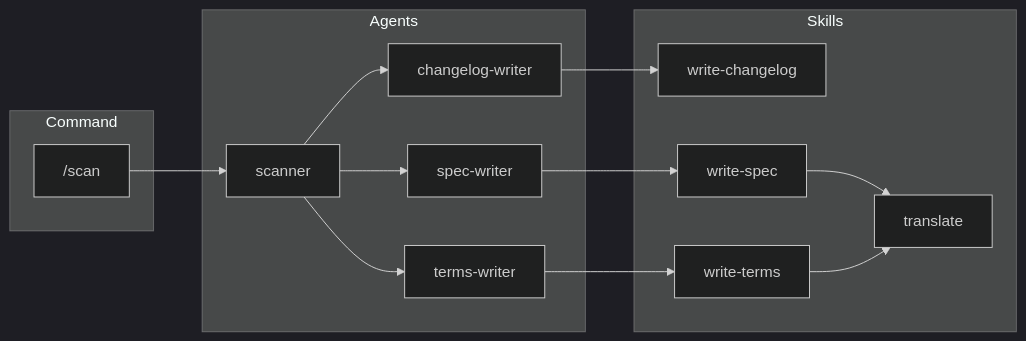
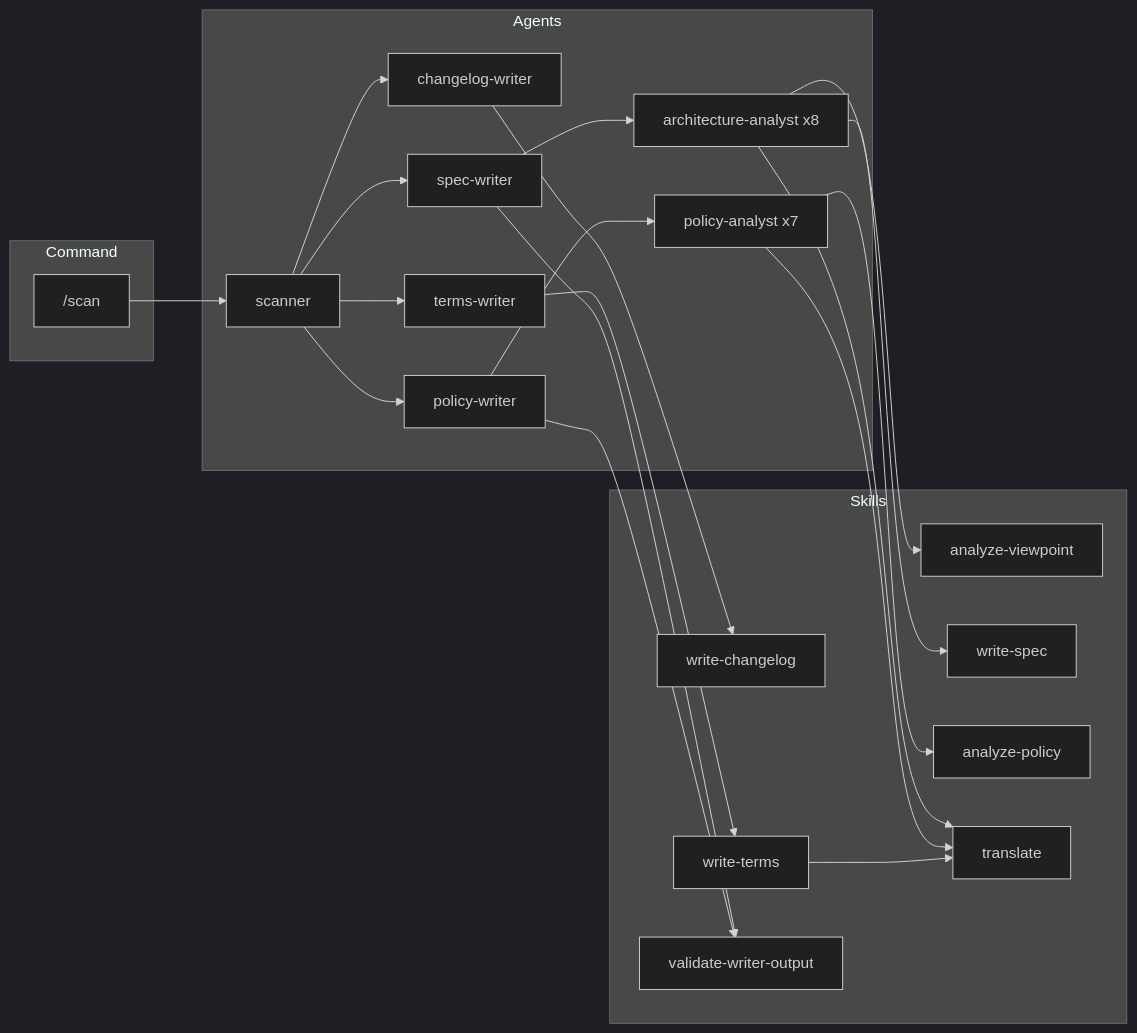
One commit to qmu/workaholic changed the fourth of 7 diagrams in .workaholic/specs/architecture.md. Above: the diagram before and after it, drawn with Mermaid (dark theme). The commit also changed other lines of this file and 22 other files, not shown here.

````diff
--- a/.workaholic/specs/architecture.md
+++ b/.workaholic/specs/architecture.md
@@ -277,32 +307,42 @@
 ```mermaid
 flowchart LR
     subgraph Command
         scan["/scan"]
     end
 
     subgraph Agents
         sc[scanner]
         cw[changelog-writer]
         spw[spec-writer]
         tw[terms-writer]
+        pw[policy-writer]
+        aa[architecture-analyst x8]
+        pa[policy-analyst x7]
     end
 
     subgraph Skills
         wc[write-changelog]
+        av[analyze-viewpoint]
         wsp[write-spec]
+        ap[analyze-policy]
         wt[write-terms]
+        vwo[validate-writer-output]
         tr[translate]
     end
 
     scan --> sc
 
-    sc --> cw & spw & tw
+    sc --> cw & spw & tw & pw
 
     cw --> wc
-    spw --> wsp
+    spw --> aa
+    aa --> av & wsp & tr
+    spw --> vwo
     tw --> wt
+    pw --> pa
+    pa --> ap & tr
+    pw --> vwo
 
     %% Skill-to-skill
-    wsp --> tr
     wt --> tr
 ```
````
